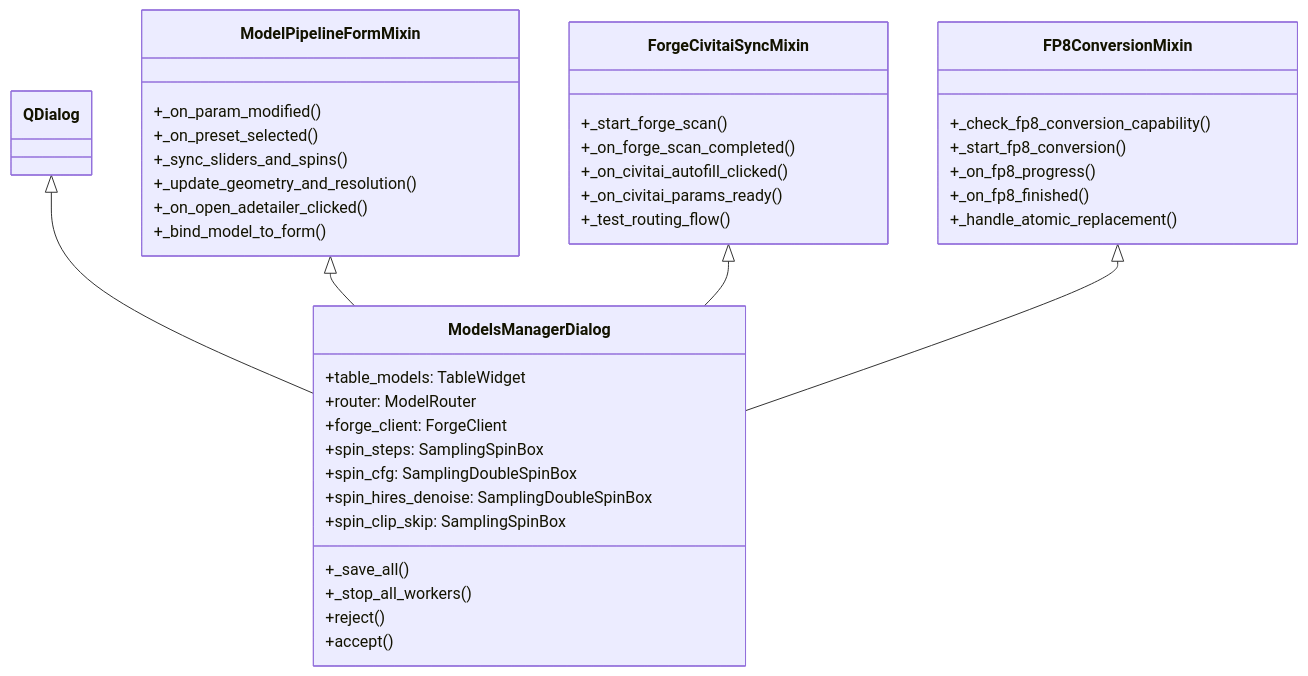
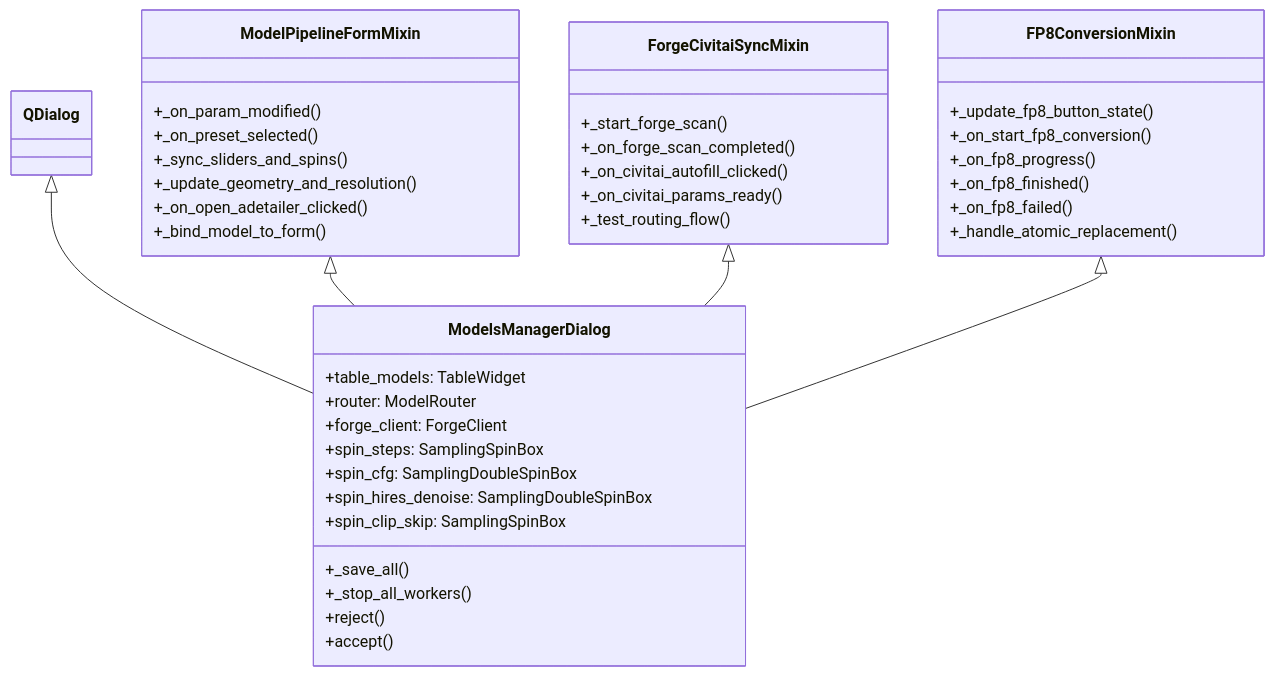
The seventh of 11 diagrams in ARCHITECTURE.md (ZabotaOblizkih/NeonRoute), drawn with Mermaid before and after one commit. The commit also changed other lines of this file and 15 other files, not shown here.

````diff
--- a/ARCHITECTURE.md
+++ b/ARCHITECTURE.md
@@ -1089,44 +1101,45 @@
 ```mermaid
 classDiagram
     class QDialog
     class ModelPipelineFormMixin {
         +_on_param_modified()
         +_on_preset_selected()
         +_sync_sliders_and_spins()
         +_update_geometry_and_resolution()
         +_on_open_adetailer_clicked()
         +_bind_model_to_form()
     }
     class ForgeCivitaiSyncMixin {
         +_start_forge_scan()
         +_on_forge_scan_completed()
         +_on_civitai_autofill_clicked()
         +_on_civitai_params_ready()
         +_test_routing_flow()
     }
     class FP8ConversionMixin {
-        +_check_fp8_conversion_capability()
-        +_start_fp8_conversion()
+        +_update_fp8_button_state()
+        +_on_start_fp8_conversion()
         +_on_fp8_progress()
         +_on_fp8_finished()
+        +_on_fp8_failed()
         +_handle_atomic_replacement()
     }
     class ModelsManagerDialog {
         +table_models: TableWidget
         +router: ModelRouter
         +forge_client: ForgeClient
         +spin_steps: SamplingSpinBox
         +spin_cfg: SamplingDoubleSpinBox
         +spin_hires_denoise: SamplingDoubleSpinBox
         +spin_clip_skip: SamplingSpinBox
         +_save_all()
         +_stop_all_workers()
         +reject()
         +accept()
     }
 
     QDialog <|-- ModelsManagerDialog
     ModelPipelineFormMixin <|-- ModelsManagerDialog
     ForgeCivitaiSyncMixin <|-- ModelsManagerDialog
     FP8ConversionMixin <|-- ModelsManagerDialog
 ```
````
